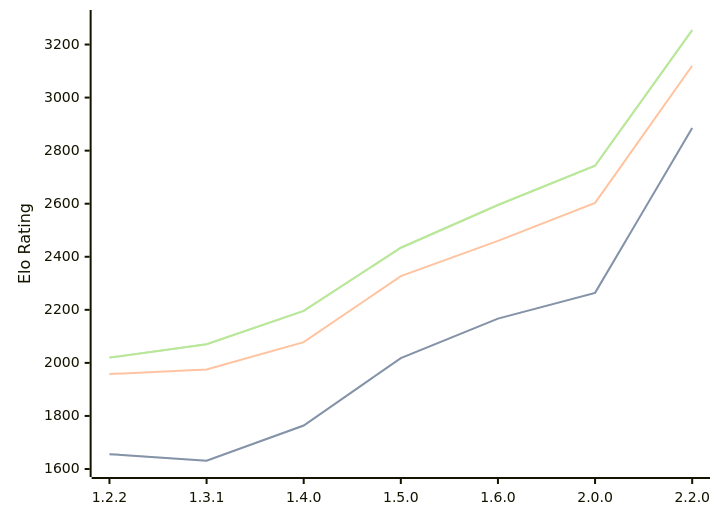
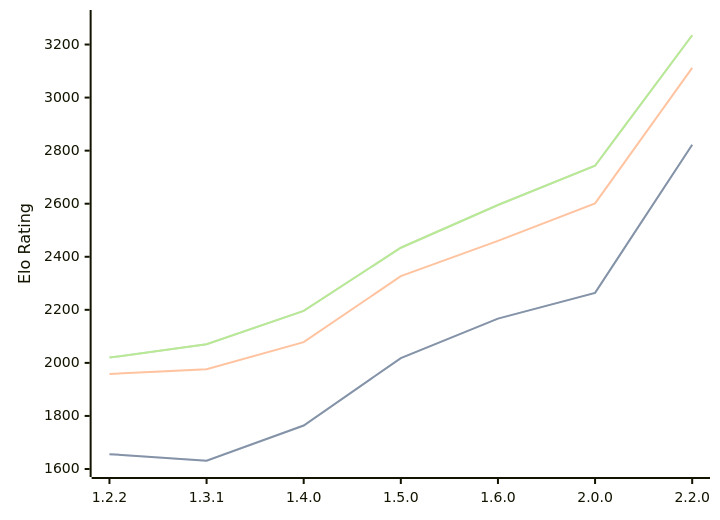
The diagram in engines/SoloEngine.md (computer-chess-index/cci), drawn with Mermaid before and after one commit. The commit also changed other lines of this file, not shown here.

Commit message:
Update CCI Ratings (ELO VLTC) - 2026-06-09

````diff
--- a/engines/SoloEngine.md
+++ b/engines/SoloEngine.md
@@ -38,11 +38,11 @@
 ```mermaid
 %%{init: {"theme":"base","themeVariables":{"seriesColors:['#a3a3a3','#222221','#faa371']}}}%%
 xychart-beta
   x-axis ["1.2.2", "1.3.1", "1.4.0", "1.5.0", "1.6.0", "2.0.0", "2.2.0"]
   y-axis "Elo Rating" 1600 --> 3300
-  line "STC (8.0+0.08s)" [1656, 1631, 1764, 2018, 2167, 2264, 2885]
-  line "STC (8.0+0.08s)" [1656, 1631, 1764, 2018, 2167, 2264, 2885]
-  line "LTC (60.0+0.60s)" [1958, 1975, 2078, 2327, 2460, 2603, 3120]
-  line "VLTC (2m24s+1.12s)" [2020, 2070, 2196, 2434, 2595, 2743, 3254]
-  line "VLTC (2m24s+1.12s)" [2020, 2070, 2196, 2434, 2595, 2743, 3254]
+  line "STC (8.0+0.08s)" [1656, 1631, 1764, 2018, 2167, 2264, 2822]
+  line "STC (8.0+0.08s)" [1656, 1631, 1764, 2018, 2167, 2264, 2822]
+  line "LTC (60.0+0.60s)" [1958, 1976, 2078, 2327, 2460, 2601, 3112]
+  line "VLTC (2m24s+1.12s)" [2020, 2070, 2196, 2434, 2595, 2743, 3235]
+  line "VLTC (2m24s+1.12s)" [2020, 2070, 2196, 2434, 2595, 2743, 3235]
 ```
````
